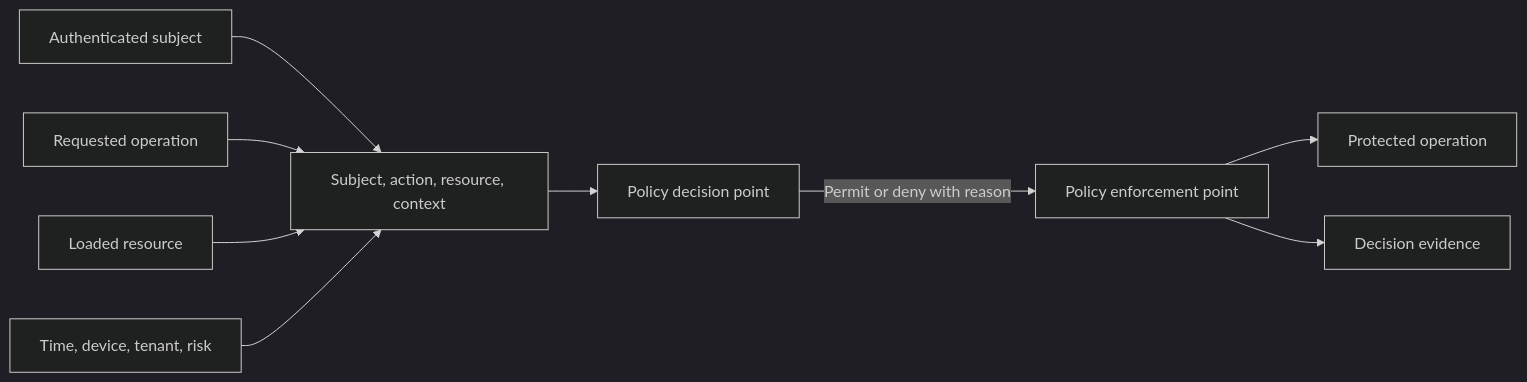
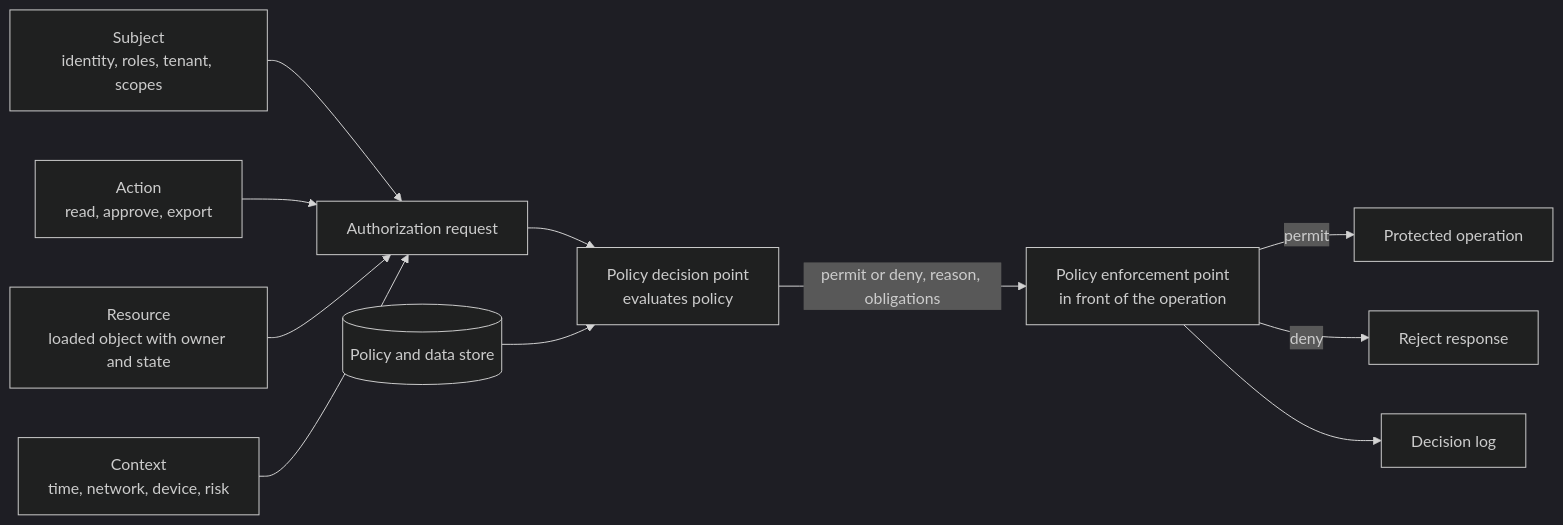
Before and after one commit to joydasss/Architect: the first of 13 diagrams in 15_Security/CH03_Authorization.md, drawn with Mermaid (dark theme). The commit also changed other lines of this file and 295 other files, not shown here.

````diff
--- a/15_Security/CH03_Authorization.md
+++ b/15_Security/CH03_Authorization.md
@@ -13,11 +48,13 @@
 ```mermaid
 flowchart LR
-    Subject[Authenticated subject] --> Request[Subject, action, resource, context]
-    Action[Requested operation] --> Request
-    Resource[Loaded resource] --> Request
-    Context[Time, device, tenant, risk] --> Request
-    Request --> PDP[Policy decision point]
-    PDP -->|Permit or deny with reason| PEP[Policy enforcement point]
-    PEP --> Operation[Protected operation]
-    PEP --> Audit[Decision evidence]
+    Subject["Subject<br/>identity, roles, tenant, scopes"] --> Req["Authorization request"]
+    Action["Action<br/>read, approve, export"] --> Req
+    Resource["Resource<br/>loaded object with owner and state"] --> Req
+    Context["Context<br/>time, network, device, risk"] --> Req
+    Req --> PDP["Policy decision point<br/>evaluates policy"]
+    Policy[("Policy and data store")] --> PDP
+    PDP -->|"permit or deny, reason, obligations"| PEP["Policy enforcement point<br/>in front of the operation"]
+    PEP -->|permit| Op["Protected operation"]
+    PEP -->|deny| Reject["Reject response"]
+    PEP --> Audit["Decision log"]
 ```
````
